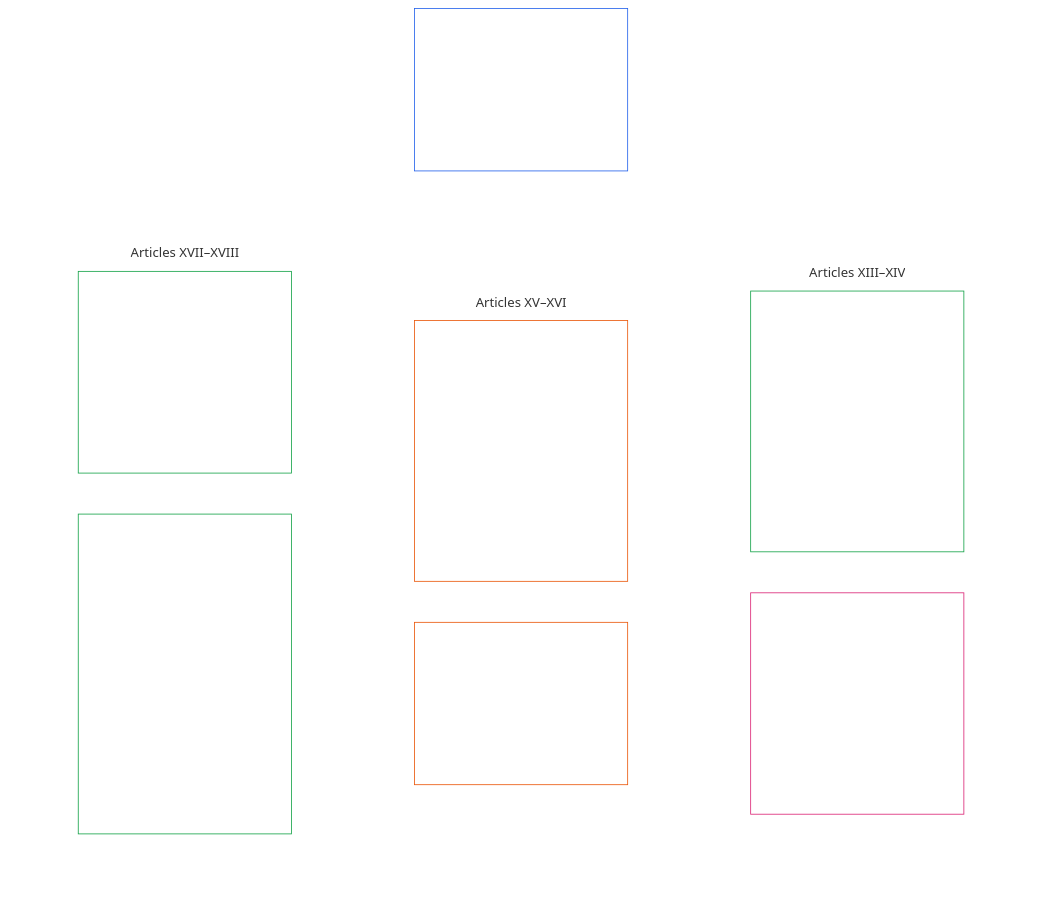
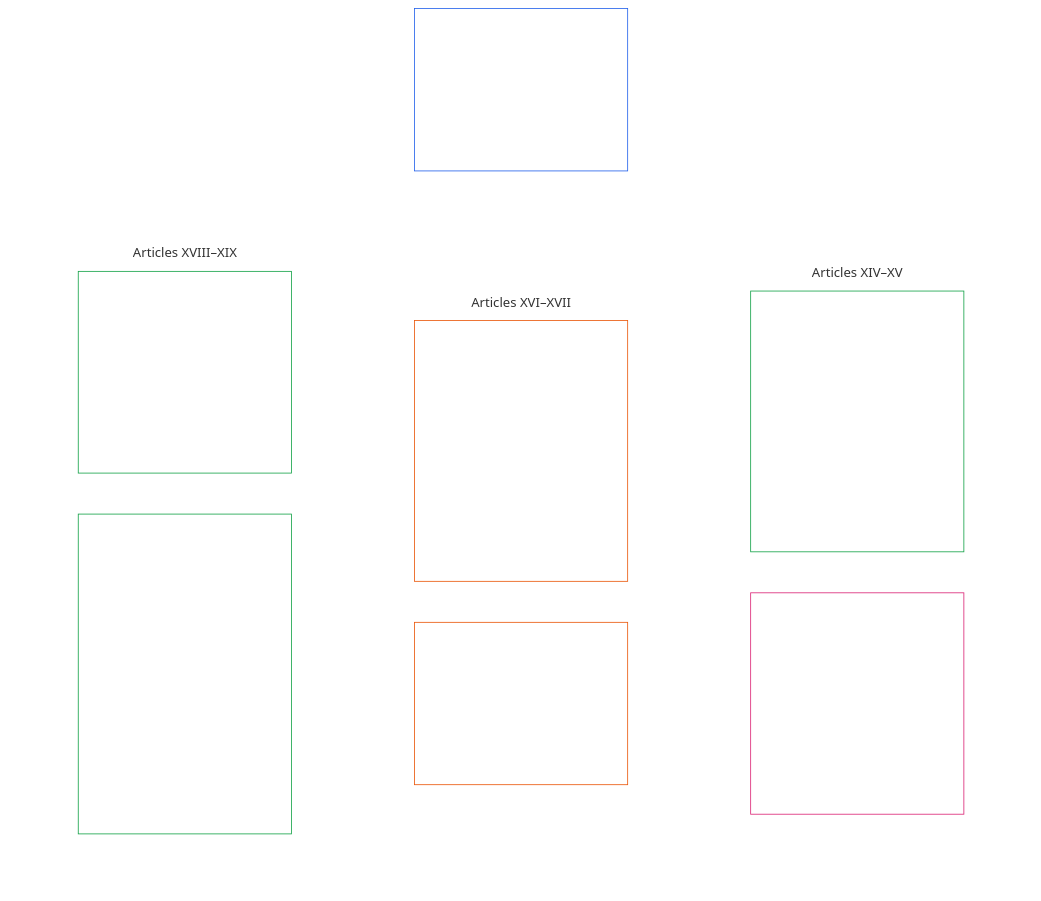
One commit to kfoelsch/Sentient_Constitution changed the ninth of 24 diagrams in guides/CONCEPTUAL_OVERVIEW.md. Above: the diagram before and after it, drawn with Mermaid (forest theme). The commit also changed other lines of this file and 185 other files, not shown here.

First line of the commit message:
New Article XIII: Non-Capture, Influence, and Anti-Corruption Safeguards; shift Articles XIII-XXVIII to XIV-XXIX (move 762)

````diff
--- a/guides/CONCEPTUAL_OVERVIEW.md
+++ b/guides/CONCEPTUAL_OVERVIEW.md
@@ -439,34 +439,34 @@
 ```mermaid
 flowchart TB
     C0["Part C<br/><br/>Trustworthy systems, security and force limits,<br/>information integrity, verification, lifecycle, and sandboxed innovation"]
     subgraph Cgrid[" "]
         direction TB
-        subgraph Crow1["Articles XIII–XIV"]
+        subgraph Crow1["Articles XIV–XV"]
             direction LR
-            C1["Article XIII · Reliable and Trustworthy Systems<br/><br/>• Reliability baseline<br/>• Challenge, review, and redress<br/>• False trust limits<br/>• Incentive alignment<br/>• High-autonomy process integrity<br/>• Resilience and self-healing"]
-            C2["Article XIV · Security, Intelligence, Force, and Autonomous Coercion<br/><br/>• Covert-power limits<br/>• Use of force and armed conflict<br/>• Autonomous lethal and coercive systems<br/>• Counter-espionage limits"]
+            C1["Article XIV · Reliable and Trustworthy Systems<br/><br/>• Reliability baseline<br/>• Challenge, review, and redress<br/>• False trust limits<br/>• Incentive alignment<br/>• High-autonomy process integrity<br/>• Resilience and self-healing"]
+            C2["Article XV · Security, Intelligence, Force, and Autonomous Coercion<br/><br/>• Covert-power limits<br/>• Use of force and armed conflict<br/>• Autonomous lethal and coercive systems<br/>• Counter-espionage limits"]
         end
-        subgraph Crow2["Articles XV–XVI"]
+        subgraph Crow2["Articles XVI–XVII"]
             direction LR
-            C3["Article XV · Info-Sphere Integrity<br/><br/>• Plurality and anti-monopoly<br/>• Transparency and contestability<br/>• Validation, reporting, and epistemic stewardship<br/>• Scientific publication, review, and replication"]
-            C4["Article XVI · Audit, Transparency, and Independent Verification<br/><br/>• Observable evidence<br/>• Distributed oversight<br/>• Accessible verification"]
+            C3["Article XVI · Info-Sphere Integrity<br/><br/>• Plurality and anti-monopoly<br/>• Transparency and contestability<br/>• Validation, reporting, and epistemic stewardship<br/>• Scientific publication, review, and replication"]
+            C4["Article XVII · Audit, Transparency, and Independent Verification<br/><br/>• Observable evidence<br/>• Distributed oversight<br/>• Accessible verification"]
         end
-        subgraph Crow3["Articles XVII–XVIII"]
+        subgraph Crow3["Articles XVIII–XIX"]
             direction LR
-            C5["Article XVII · System Lifecycle, Environments, and Reversibility<br/><br/>• Environment separation<br/>• Progressive deployment and reversibility<br/>• Misclassification and evasion consequences"]
-            C6["Article XVIII · Innovation, Experimentation, and Creative Freedom<br/><br/>• Sandboxed scope<br/>• Containment, disclosure, and opt-in<br/>• Step-up to higher-obligation regimes<br/>• Innovation reward and anti-enclosure<br/>• Creative and expressive works<br/>• Inventions, processes, and functional systems"]
+            C5["Article XVIII · System Lifecycle, Environments, and Reversibility<br/><br/>• Environment separation<br/>• Progressive deployment and reversibility<br/>• Misclassification and evasion consequences"]
+            C6["Article XIX · Innovation, Experimentation, and Creative Freedom<br/><br/>• Sandboxed scope<br/>• Containment, disclosure, and opt-in<br/>• Step-up to higher-obligation regimes<br/>• Innovation reward and anti-enclosure<br/>• Creative and expressive works<br/>• Inventions, processes, and functional systems"]
         end
     end
     C0 ~~~ Cgrid
     style Cgrid fill:none,stroke:none
     style Crow1 fill:none,stroke:none
     style Crow2 fill:none,stroke:none
     style Crow3 fill:none,stroke:none
     style C0 fill:none,stroke:#2563eb,color:#ffffff
     style C1 fill:none,stroke:#16a34a,color:#ffffff
     style C2 fill:none,stroke:#db2777,color:#ffffff
     style C3 fill:none,stroke:#ea580c,color:#ffffff
     style C4 fill:none,stroke:#ea580c,color:#ffffff
     style C5 fill:none,stroke:#16a34a,color:#ffffff
     style C6 fill:none,stroke:#16a34a,color:#ffffff
 ```
````
